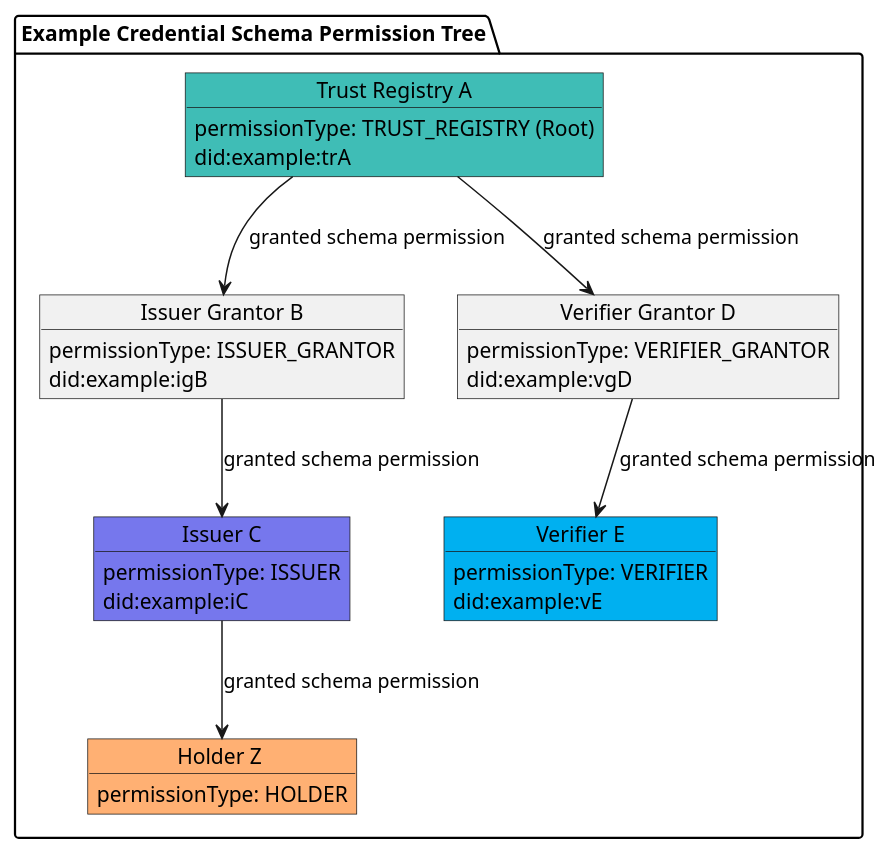
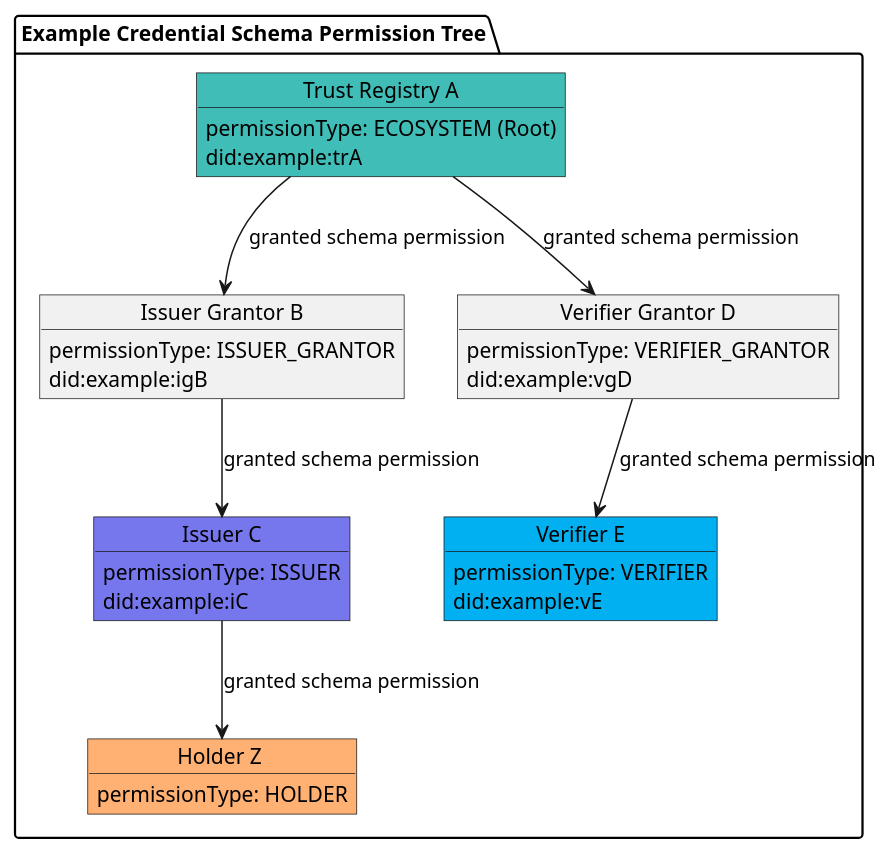
One commit to verana-labs/verifiable-trust-vpr-spec changed the ninth of 15 diagrams in spec.md. Above: the diagram before and after it, drawn with PlantUML. The commit also changed other lines of this file and 1 other file, not shown here.

````diff
--- a/spec.md
+++ b/spec.md
@@ -1819,45 +1936,45 @@
 ```plantuml
 
 @startuml
 scale max 800 width
  
 package "Example Credential Schema Permission Tree" as cs {
 
     object "Trust Registry A" as tr #3fbdb6 {
-        permissionType: TRUST_REGISTRY (Root)
+        permissionType: ECOSYSTEM (Root)
         did:example:trA
     }
     object "Issuer Grantor B" as ig {
         permissionType: ISSUER_GRANTOR
         did:example:igB
     }
     object "Issuer C" as issuer #7677ed  {
         permissionType: ISSUER
         did:example:iC
     }
     object "Verifier Grantor D" as vg {
         permissionType: VERIFIER_GRANTOR
         did:example:vgD
     }
     object "Verifier E" as verifier #00b0f0 {
         permissionType: VERIFIER
         did:example:vE
     }
     object "Holder Z " as holder #FFB073 {
         permissionType: HOLDER
     }
 }
 
 
 
 tr --> ig : granted schema permission
 ig --> issuer : granted schema permission
 
 tr --> vg : granted schema permission
 vg --> verifier : granted schema permission
 
 issuer --> holder: granted schema permission
 
 @enduml
 
 ```
````
